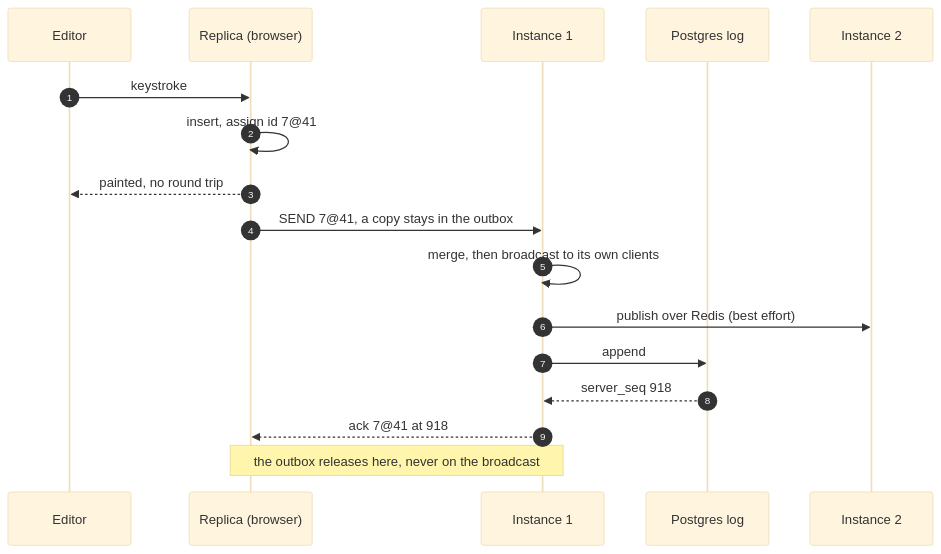
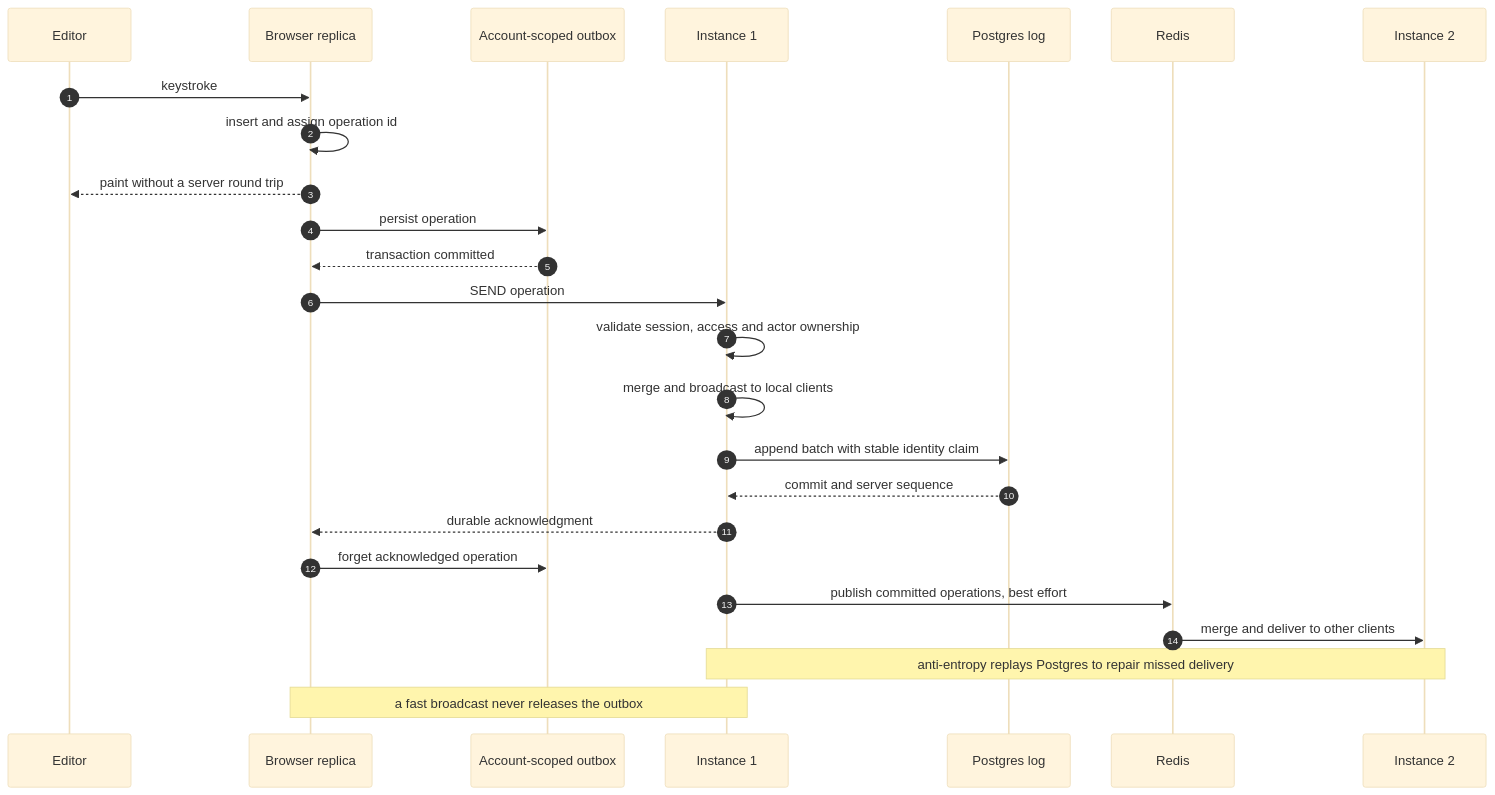
Before and after one commit to mblaszczykowski/Collaborative-Document-Editor: the diagram in docs/diagrams/edit-path.mmd, drawn with Mermaid (base theme). The commit also changed 132 other files, not shown here.

```diff
--- a/docs/diagrams/edit-path.mmd
+++ b/docs/diagrams/edit-path.mmd
@@ -1,18 +1,26 @@
 sequenceDiagram
     autonumber
     participant E as Editor
-    participant L as Replica (browser)
+    participant L as Browser replica
+    participant IDB as Account-scoped outbox
     participant S as Instance 1
     participant DB as Postgres log
+    participant R as Redis
     participant O as Instance 2
 
     E->>L: keystroke
-    L->>L: insert, assign id 7@41
-    L-->>E: painted, no round trip
-    L->>S: SEND 7@41, a copy stays in the outbox
-    S->>S: merge, then broadcast to its own clients
-    S->>O: publish over Redis (best effort)
-    S->>DB: append
-    DB-->>S: server_seq 918
-    S-->>L: ack 7@41 at 918
-    Note over L,S: the outbox releases here, never on the broadcast
+    L->>L: insert and assign operation id
+    L-->>E: paint without a server round trip
+    L->>IDB: persist operation
+    IDB-->>L: transaction committed
+    L->>S: SEND operation
+    S->>S: validate session, access and actor ownership
+    S->>S: merge and broadcast to local clients
+    S->>DB: append batch with stable identity claim
+    DB-->>S: commit and server sequence
+    S-->>L: durable acknowledgment
+    L->>IDB: forget acknowledged operation
+    S->>R: publish committed operations, best effort
+    R->>O: merge and deliver to other clients
+    Note over S,O: anti-entropy replays Postgres to repair missed delivery
+    Note over L,S: a fast broadcast never releases the outbox
```
